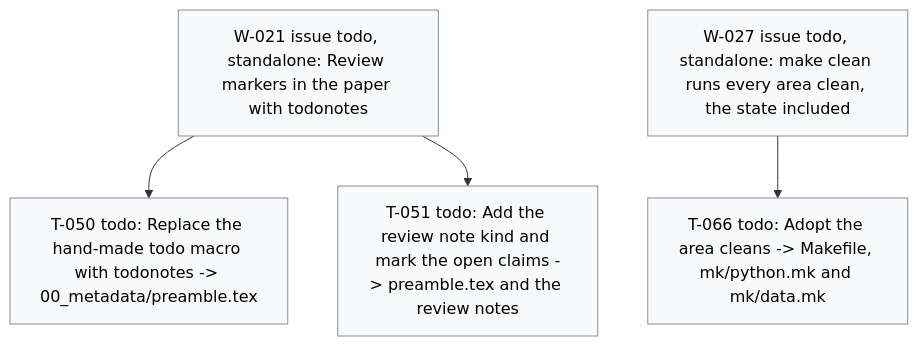
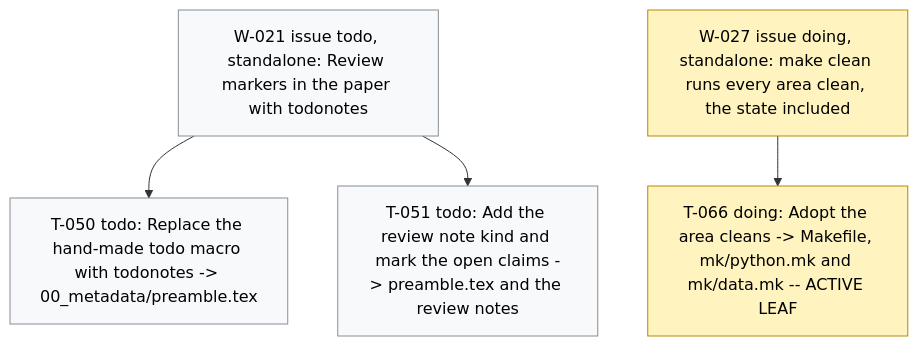
The diagram in .board/BOARD.md (dpopchev/surrogate-models), drawn with Mermaid before and after one commit. The commit also changed other lines of this file and 5 other files, not shown here.

First line of the commit message:
build: make clean runs every area clean, the state included

````diff
--- a/.board/BOARD.md
+++ b/.board/BOARD.md
@@ -177,14 +177,15 @@
 ```mermaid
 flowchart TD
   W021["W-021 issue todo, standalone: Review markers in the paper with todonotes"]
   W021 --> T050["T-050 todo: Replace the hand-made todo macro with todonotes -> 00_metadata/preamble.tex"]
   W021 --> T051["T-051 todo: Add the review note kind and mark the open claims -> preamble.tex and the review notes"]
-  W027["W-027 issue todo, standalone: make clean runs every area clean, the state included"]
-  W027 --> T066["T-066 todo: Adopt the area cleans -> Makefile, mk/python.mk and mk/data.mk"]
+  W027["W-027 issue doing, standalone: make clean runs every area clean, the state included"]
+  W027 --> T066["T-066 doing: Adopt the area cleans -> Makefile, mk/python.mk and mk/data.mk -- ACTIVE LEAF"]
   classDef doing fill:#fff3bf,stroke:#b58900,color:#000;
   classDef blocked fill:#ffe3e3,stroke:#c92a2a,color:#000;
   classDef done fill:#e6ffed,stroke:#2b8a3e,color:#000;
   classDef todo fill:#f8f9fa,stroke:#868e96,color:#000;
   classDef pruned fill:#f1f3f5,stroke:#adb5bd,color:#000;
-  class W021,T050,T051,W027,T066 todo
+  class W027,T066 doing
+  class W021,T050,T051 todo
 ```
````
